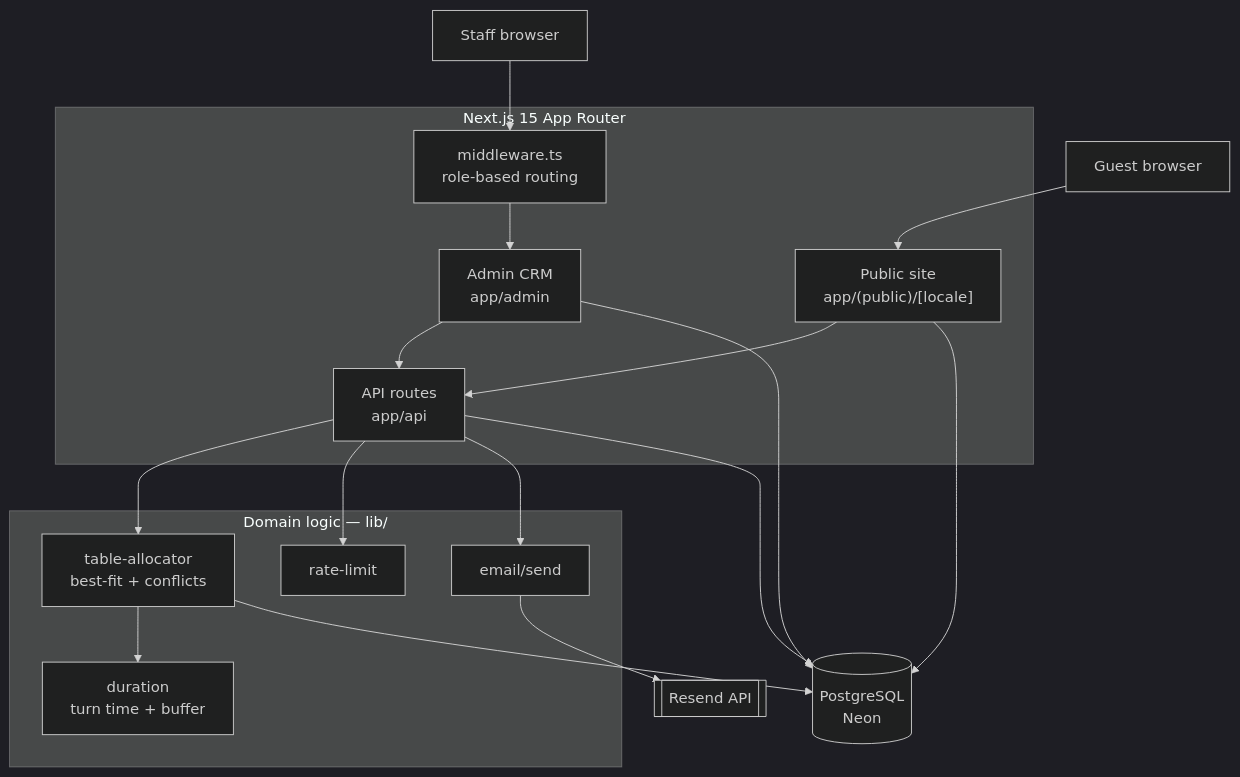
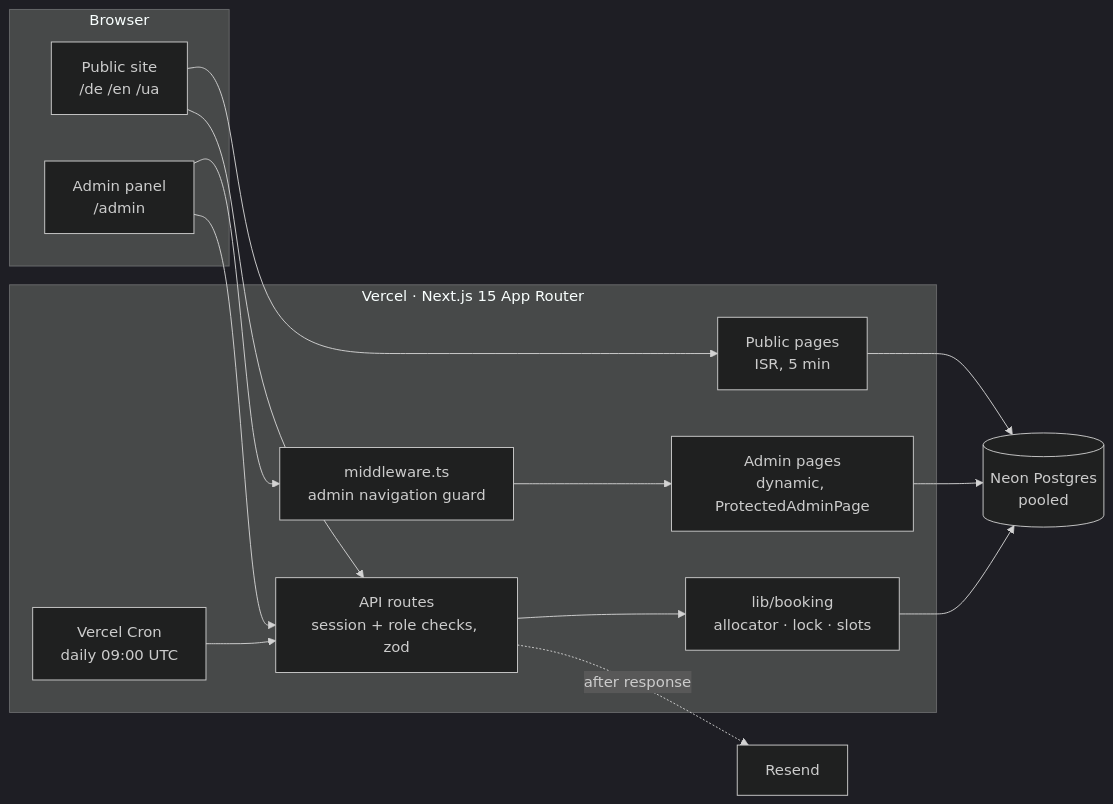
One commit to IvanSytnik/restaurant-crm changed the second of 3 diagrams in README.md. Above: the diagram before and after it, drawn with Mermaid (dark theme). The commit also changed other lines of this file, not shown here.

````diff
--- a/README.md
+++ b/README.md
@@ -81,34 +131,27 @@
 ```mermaid
-flowchart TB
-    Guest[Guest browser]
-    Staff[Staff browser]
+flowchart LR
+    subgraph Browser
+        P["Public site<br>/de /en /ua"]
+        AD["Admin panel<br>/admin"]
+    end
+    subgraph Vercel["Vercel · Next.js 15 App Router"]
+        MW["middleware.ts<br>admin navigation guard"]
+        PUB["Public pages<br>ISR, 5 min"]
+        ADM["Admin pages<br>dynamic, ProtectedAdminPage"]
+        API["API routes<br>session + role checks, zod"]
+        LIB["lib/booking<br>allocator · lock · slots"]
+        CRON["Vercel Cron<br>daily 09:00 UTC"]
+    end
+    DB[("Neon Postgres<br>pooled")]
+    RS["Resend"]
 
-    subgraph Next["Next.js 15 App Router"]
-        Public["Public site<br/>app/(public)/[locale]"]
-        Admin["Admin CRM<br/>app/admin"]
-        MW["middleware.ts<br/>role-based routing"]
-        API["API routes<br/>app/api"]
-    end
-
-    subgraph Domain["Domain logic — lib/"]
-        Alloc["table-allocator<br/>best-fit + conflicts"]
-        Dur["duration<br/>turn time + buffer"]
-        RL["rate-limit"]
-        Mail["email/send"]
-    end
-
-    DB[("PostgreSQL<br/>Neon")]
-    Resend[["Resend API"]]
-
-    Guest --> Public
-    Staff --> MW --> Admin
-    Public --> API
-    Admin --> API
-    API --> Alloc --> Dur
-    API --> RL
-    API --> Mail --> Resend
-    Alloc --> DB
-    API --> DB
-    Public --> DB
-    Admin --> DB
+    P --> PUB
+    P --> API
+    AD --> MW --> ADM
+    AD --> API
+    API --> LIB --> DB
+    PUB --> DB
+    ADM --> DB
+    API -. after response .-> RS
+    CRON --> API
 ```
````
